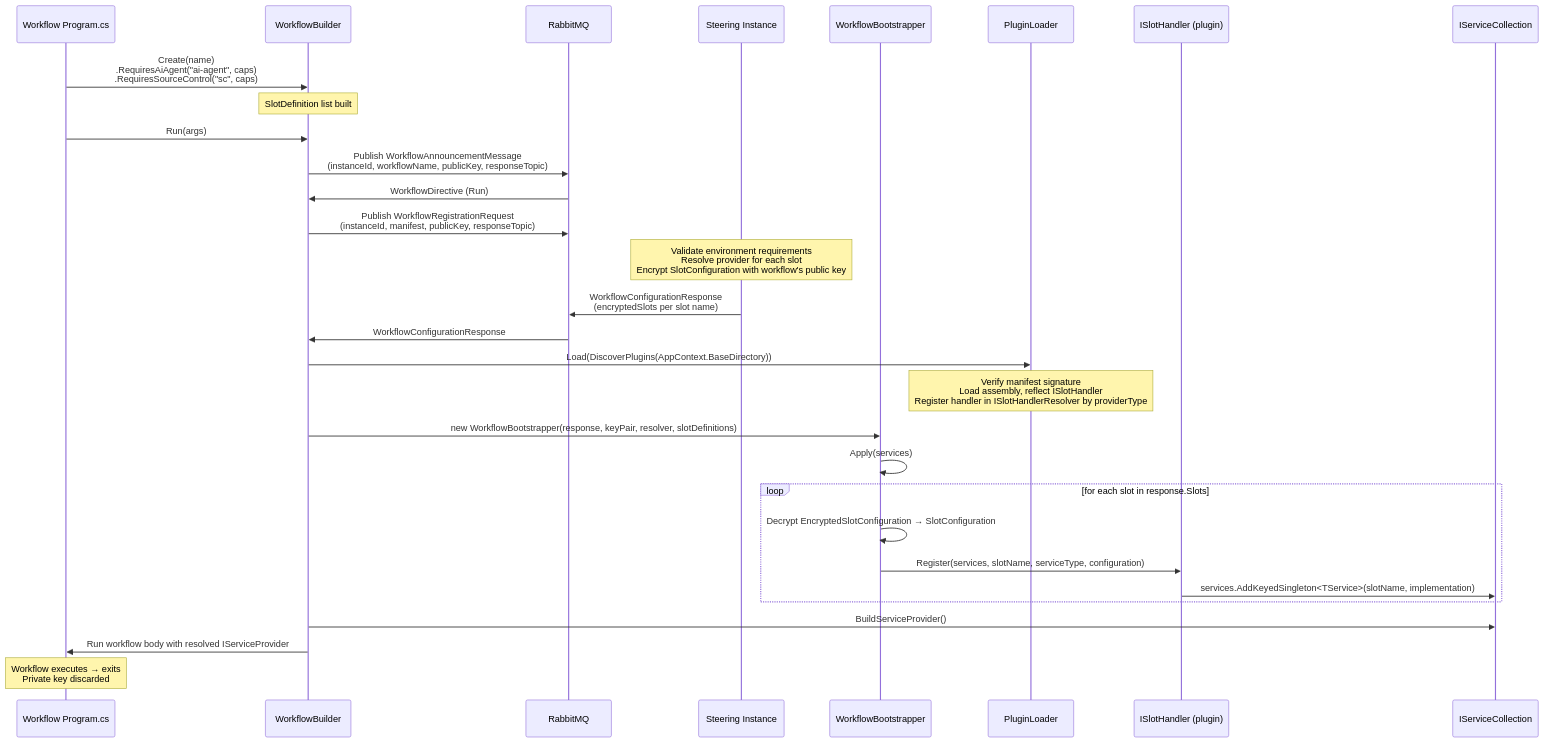
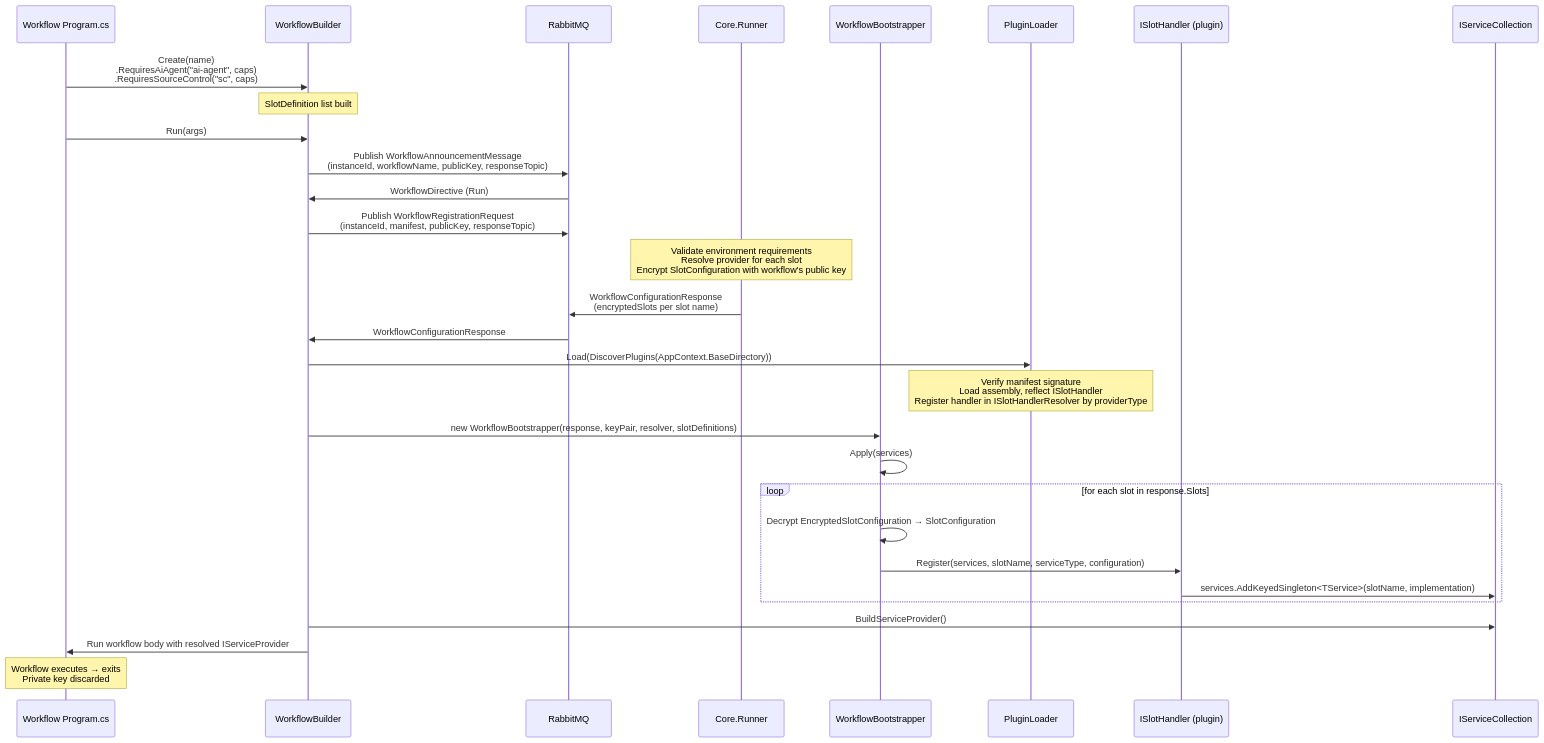
Before and after one commit to FelixKlakow/Auxilia: the third of 3 diagrams in docs/workflow-sdk-design.md, drawn with Mermaid. The commit also changed other lines of this file and 16 other files, not shown here.

````diff
--- a/docs/workflow-sdk-design.md
+++ b/docs/workflow-sdk-design.md
@@ -272,38 +272,38 @@
 ```mermaid
 sequenceDiagram
     participant App as Workflow Program.cs
     participant Builder as WorkflowBuilder
     participant Bus as RabbitMQ
-    participant SI as Steering Instance
+    participant SI as Core.Runner
     participant Boot as WorkflowBootstrapper
     participant PL as PluginLoader
     participant Handler as ISlotHandler (plugin)
     participant DI as IServiceCollection
 
     App->>Builder: Create(name)<br/>.RequiresAiAgent("ai-agent", caps)<br/>.RequiresSourceControl("sc", caps)
     Note over Builder: SlotDefinition list built
 
     App->>Builder: Run(args)
     Builder->>Bus: Publish WorkflowAnnouncementMessage<br/>(instanceId, workflowName, publicKey, responseTopic)
     Bus->>Builder: WorkflowDirective (Run)
 
     Builder->>Bus: Publish WorkflowRegistrationRequest<br/>(instanceId, manifest, publicKey, responseTopic)
     Note over SI: Validate environment requirements<br/>Resolve provider for each slot<br/>Encrypt SlotConfiguration with workflow's public key
     SI->>Bus: WorkflowConfigurationResponse<br/>(encryptedSlots per slot name)
     Bus->>Builder: WorkflowConfigurationResponse
 
     Builder->>PL: Load(DiscoverPlugins(AppContext.BaseDirectory))
     Note over PL: Verify manifest signature<br/>Load assembly, reflect ISlotHandler<br/>Register handler in ISlotHandlerResolver by providerType
 
     Builder->>Boot: new WorkflowBootstrapper(response, keyPair, resolver, slotDefinitions)
     Boot->>Boot: Apply(services)
     loop for each slot in response.Slots
         Boot->>Boot: Decrypt EncryptedSlotConfiguration → SlotConfiguration
         Boot->>Handler: Register(services, slotName, serviceType, configuration)
         Handler->>DI: services.AddKeyedSingleton<TService>(slotName, implementation)
     end
 
     Builder->>DI: BuildServiceProvider()
     Builder->>App: Run workflow body with resolved IServiceProvider
     Note over App: Workflow executes → exits<br/>Private key discarded
 ```
````
